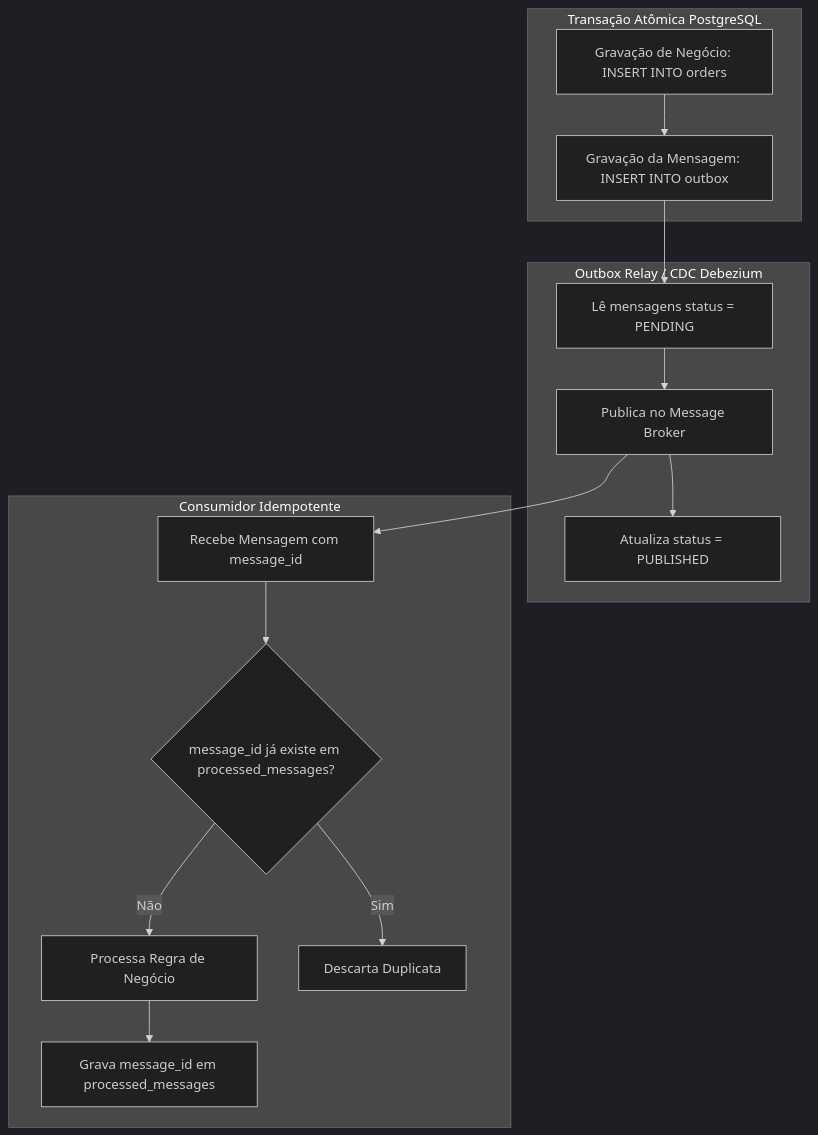
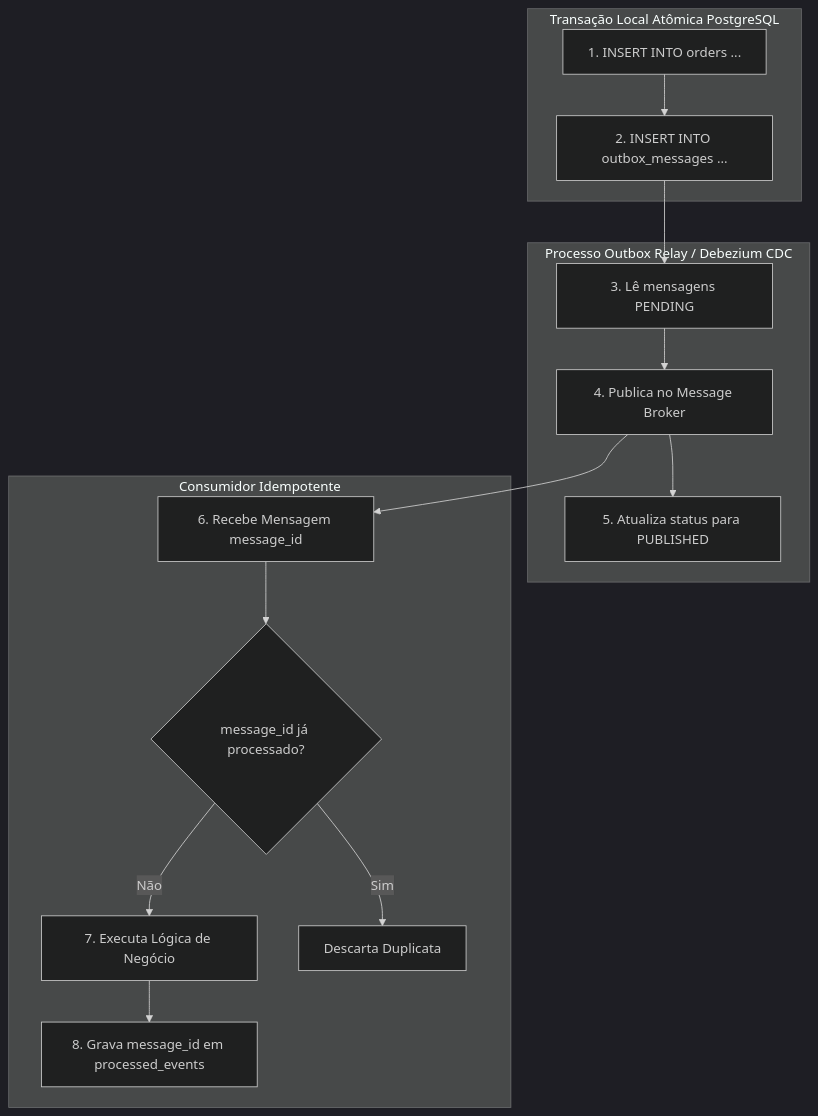
One commit to andermoreira/arch-lab changed the diagram in docs/reference/05-event-driven-architecture-and-outbox.md. Above: the diagram before and after it, drawn with Mermaid (dark theme). The commit also changed other lines of this file and 17 other files, not shown here.

````diff
--- a/docs/reference/05-event-driven-architecture-and-outbox.md
+++ b/docs/reference/05-event-driven-architecture-and-outbox.md
@@ -13,31 +15,31 @@
 ```mermaid
 graph TD
-    subgraph Single_ACID_Transaction [Transação Atômica PostgreSQL]
-        A[Gravação de Negócio: INSERT INTO orders]
-        B[Gravação da Mensagem: INSERT INTO outbox]
+    subgraph Single_ACID_Transaction [Transação Local Atômica PostgreSQL]
+        A[1. INSERT INTO orders ...]
+        B[2. INSERT INTO outbox_messages ...]
     end
 
-    subgraph Outbox_Relay_Process [Outbox Relay / CDC Debezium]
-        C[Lê mensagens status = PENDING]
-        D[Publica no Message Broker]
-        E[Atualiza status = PUBLISHED]
+    subgraph Outbox_Relay [Processo Outbox Relay / Debezium CDC]
+        C[3. Lê mensagens PENDING]
+        D[4. Publica no Message Broker]
+        E[5. Atualiza status para PUBLISHED]
     end
 
-    subgraph Downstream_Consumer [Consumidor Idempotente]
-        F[Recebe Mensagem com message_id]
-        G{message_id já existe em processed_messages?}
-        H[Processa Regra de Negócio]
-        I[Grava message_id em processed_messages]
+    subgraph Idempotent_Consumer [Consumidor Idempotente]
+        F[6. Recebe Mensagem message_id]
+        G{message_id já processado?}
+        H[7. Executa Lógica de Negócio]
+        I[8. Grava message_id em processed_events]
         J[Descarta Duplicata]
     end
 
     A --> B
     B --> C
     C --> D
     D --> E
     D --> F
     F --> G
     G -->|Não| H
     H --> I
     G -->|Sim| J
 ```
````
